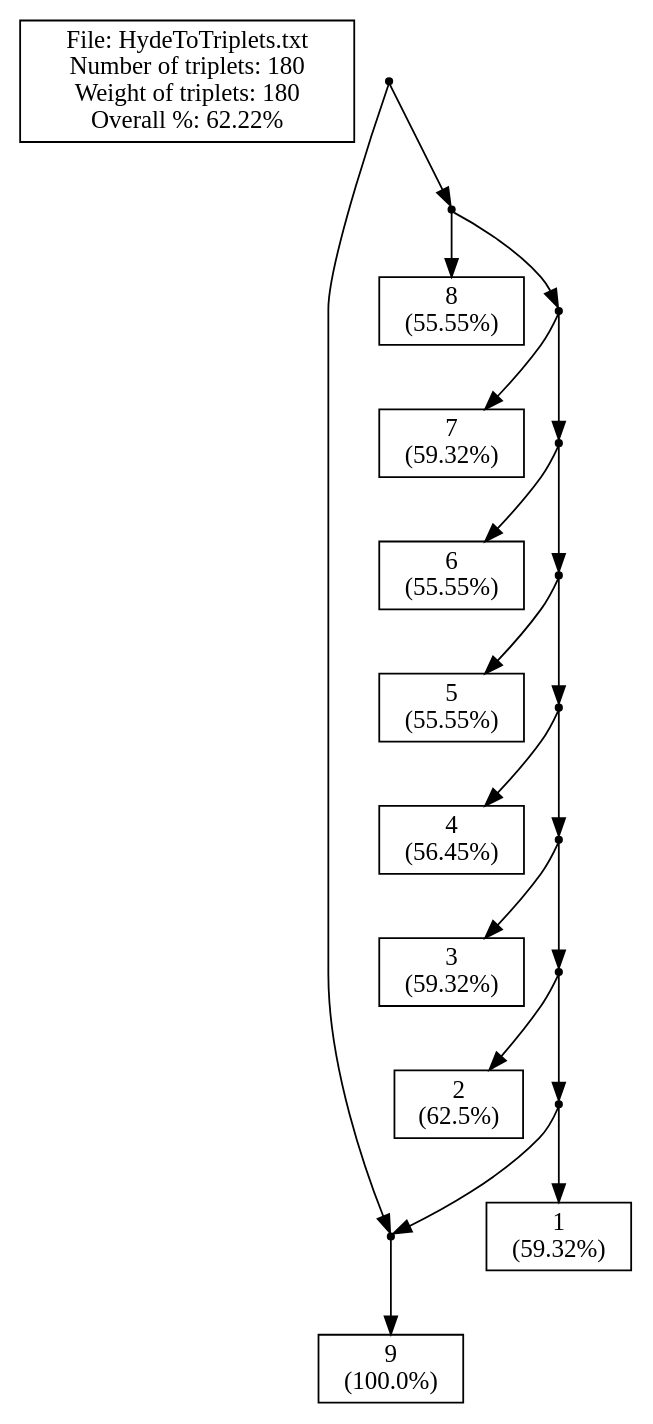
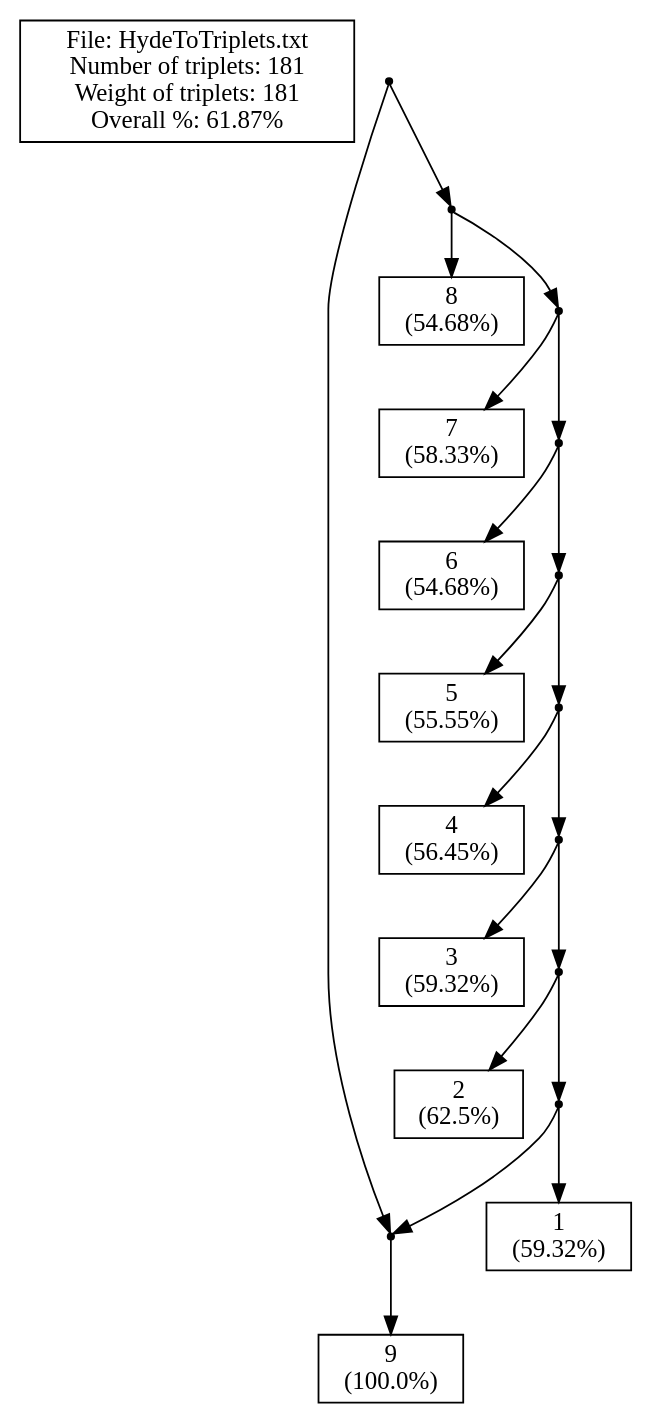
One commit to solislemuslab/phylo-knit changed the diagram in New/Server/cExample1.dot. Above: the diagram before and after it, drawn with Graphviz. The commit also changed 15 other files, not shown here.

```diff
--- a/New/Server/cExample1.dot
+++ b/New/Server/cExample1.dot
@@ -1,66 +1,66 @@
 // LEV1ATHAN Version 1.0, 21 september 2009
 // COMMENT: Pre-processing the input file to count the leaves
 // COMMENT: Pre-processing showed that there are 9 leaves in the input.
 // SUMMARY: Input had 9 leaves.
 // USER-SETTING: Will *not* post-process output to collapse edges.
 // COMMENT: Triplet set is already dense.
-// SUMMARY: There are 180 triplets in the input.
-// SUMMARY: Total weight of input triplets is 180.
+// SUMMARY: There are 181 triplets in the input.
+// SUMMARY: Total weight of input triplets is 181.
 // SUMMARY: (Before post-processing)
-// SUMMARY: We got 112 units of triplet weight, that's 62.22% of total weight.
-// SUMMARY: In total 68 units of triplet weight were -not- consistent with the ouput network.
+// SUMMARY: We got 112 units of triplet weight, that's 61.87% of total weight.
+// SUMMARY: In total 69 units of triplet weight were -not- consistent with the ouput network.
 // SUMMARY: Output network contained 0 triplets -not- in the original input.
-// SUMMARY: The symmetric difference is thus 68 + (1 * 0) = 68
+// SUMMARY: The symmetric difference is thus 69 + (1 * 0) = 69
 // SUMMARY: (After post-processing)
 strict digraph G1 {
 edge [fontsize=8]
-labelbox [shape=box, width=0.4, label="File: HydeToTriplets.txt\nNumber of triplets: 180\nWeight of triplets: 180\nOverall %: 62.22%"];
+labelbox [shape=box, width=0.4, label="File: HydeToTriplets.txt\nNumber of triplets: 181\nWeight of triplets: 181\nOverall %: 61.87%"];
 1000 [shape=point];
 1001 [shape=point];
 9 [shape=box, width=0.3, label="9\n(100.0%)"];
 1003 [shape=point];
-4 [shape=box, width=0.3, label="8\n(55.55%)"];
+4 [shape=box, width=0.3, label="8\n(54.68%)"];
 1005 [shape=point];
-7 [shape=box, width=0.3, label="7\n(59.32%)"];
+7 [shape=box, width=0.3, label="7\n(58.33%)"];
 1007 [shape=point];
-3 [shape=box, width=0.3, label="6\n(55.55%)"];
+3 [shape=box, width=0.3, label="6\n(54.68%)"];
 1009 [shape=point];
 1 [shape=box, width=0.3, label="5\n(55.55%)"];
 1011 [shape=point];
 6 [shape=box, width=0.3, label="4\n(56.45%)"];
 1013 [shape=point];
 5 [shape=box, width=0.3, label="3\n(59.32%)"];
 1015 [shape=point];
 8 [shape=box, width=0.3, label="2\n(62.5%)"];
 1017 [shape=point];
 2 [shape=box, width=0.3, label="1\n(59.32%)"];
 1000 -> 1001
 1000 -> 1003
 1001 -> 9
 1003 -> 4
 1003 -> 1005
 1005 -> 7
 1005 -> 1007
 1007 -> 3
 1007 -> 1009
 1009 -> 1
 1009 -> 1011
 1011 -> 6
 1011 -> 1013
 1013 -> 5
 1013 -> 1015
 1015 -> 8
 1015 -> 1017
 1017 -> 2
 1017 -> 1001
 1001 -> 9
 }
 // SUMMARY: eNewick output: ((9)#H1,(8,(7,(6,(5,(4,(3,(2,(1,#H1)))))))));
-// SUMMARY: In total 68 units of triplet weight were -not- consistent with the ouput network.
+// SUMMARY: In total 69 units of triplet weight were -not- consistent with the ouput network.
 // SUMMARY: Output network contained 0 triplets -not- in the original input.
 // SUMMARY: Weight of missing triplets before contraction minus weight of missing triplets afterwards: 0
 // SUMMARY: Number of surplus triplets before contraction minus number of surplus triplets afterwards: 0
-// CONCLUSION: After post-processing we got 112 units of triplet weight, that's 62.22% of total weight (before post-processing this was 62.22%).
-// CONCLUSION: After post-processing the symmetric difference is thus 68 + (1 * 0) = 68 (before post-processing this was 68)
-// STAT: PERCENTAGE = 62.22
-// STAT: NETWORK-TRIPLET SD = 68
+// CONCLUSION: After post-processing we got 112 units of triplet weight, that's 61.87% of total weight (before post-processing this was 61.87%).
+// CONCLUSION: After post-processing the symmetric difference is thus 69 + (1 * 0) = 69 (before post-processing this was 69)
+// STAT: PERCENTAGE = 61.87
+// STAT: NETWORK-TRIPLET SD = 69
```
